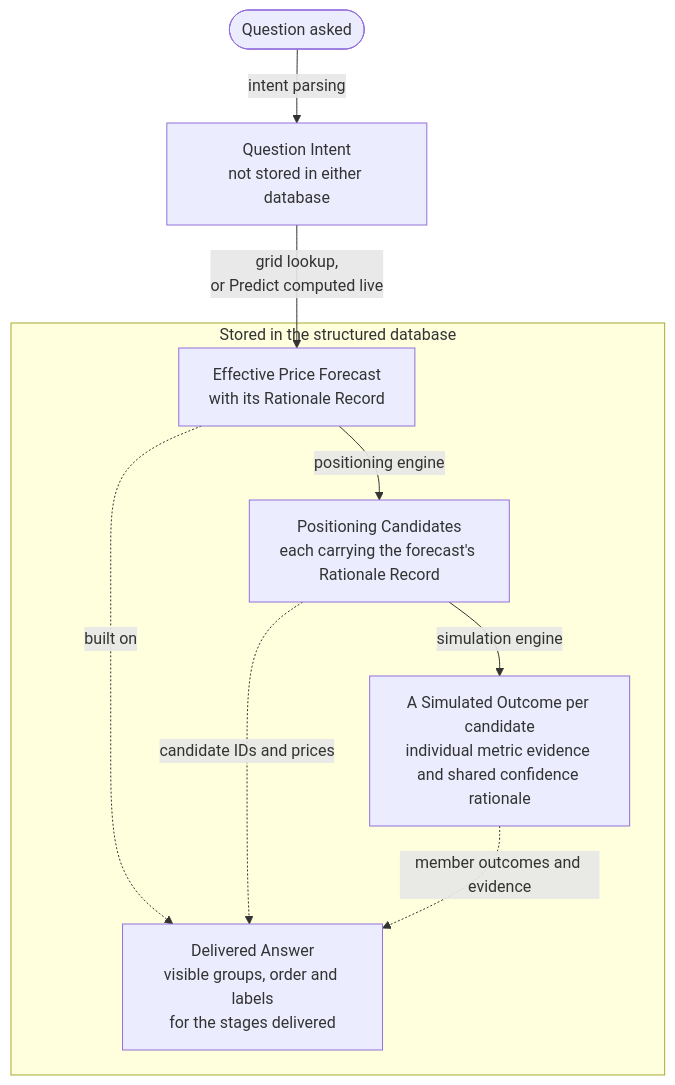
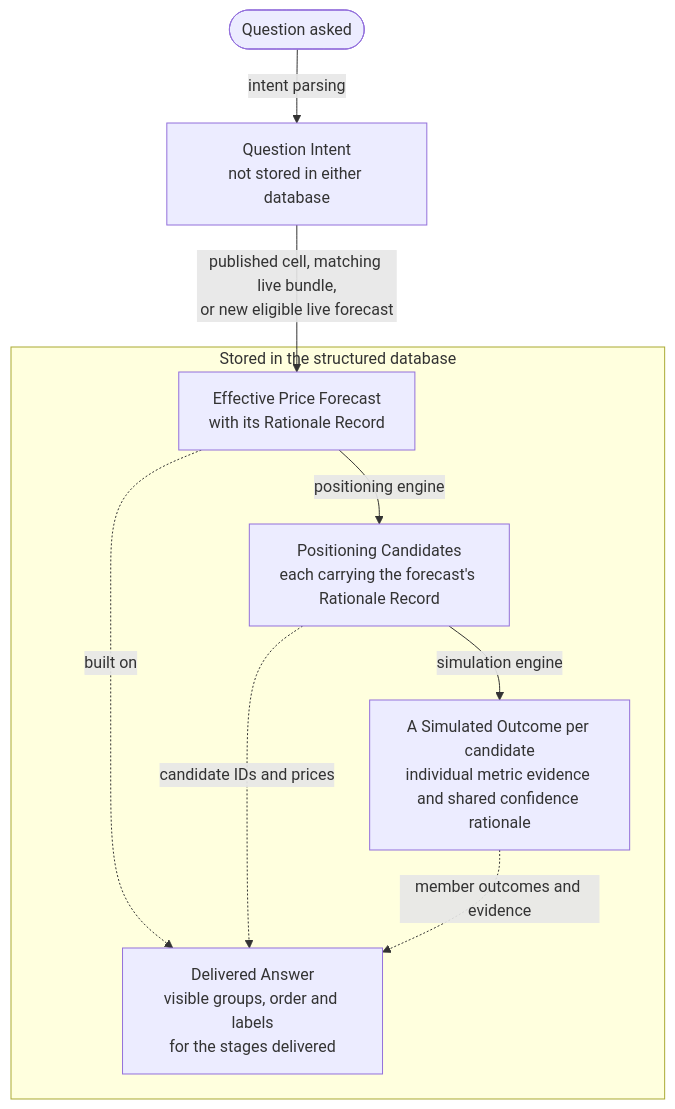
The fourth of 5 diagrams in specs/application/technical/architecture.md (billy-atkins/price-horizon), drawn with Mermaid before and after one commit. The commit also changed other lines of this file and 38 other files, not shown here.

````diff
--- a/specs/application/technical/architecture.md
+++ b/specs/application/technical/architecture.md
@@ -217,20 +214,20 @@
 ```mermaid
 ---
 config:
   layout: dagre
 ---
 flowchart TD
     Q(["Question asked"]) -->|"intent parsing"| QI["Question Intent<br/>not stored in either database"]
-    QI -->|"grid lookup,<br/>or Predict computed live"| EPF
+    QI -->|"published cell, matching live bundle,<br/>or new eligible live forecast"| EPF
     subgraph STORED["Stored in the structured database"]
         EPF["Effective Price Forecast<br/>with its Rationale Record"]
         PC["Positioning Candidates<br/>each carrying the forecast's Rationale Record"]
         SO["A Simulated Outcome per candidate<br/>individual metric evidence and shared confidence rationale"]
         DA["Delivered Answer<br/>visible groups, order and labels<br/>for the stages delivered"]
         EPF -->|"positioning engine"| PC
         PC -->|"simulation engine"| SO
         EPF -.->|"built on"| DA
         PC -.->|"candidate IDs and prices"| DA
         SO -.->|"member outcomes and evidence"| DA
     end
 ```
````
